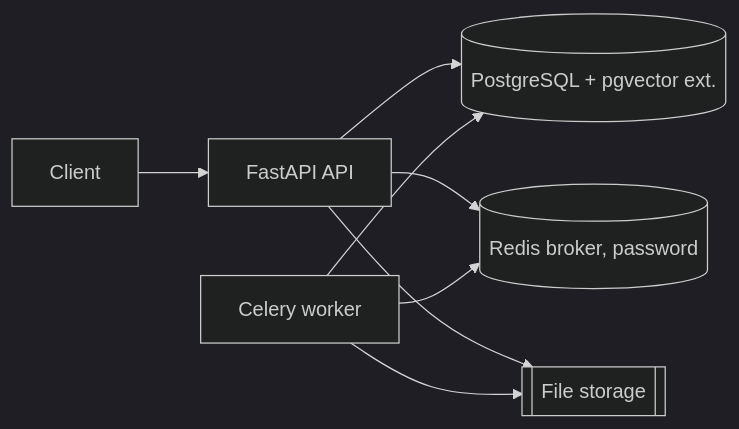
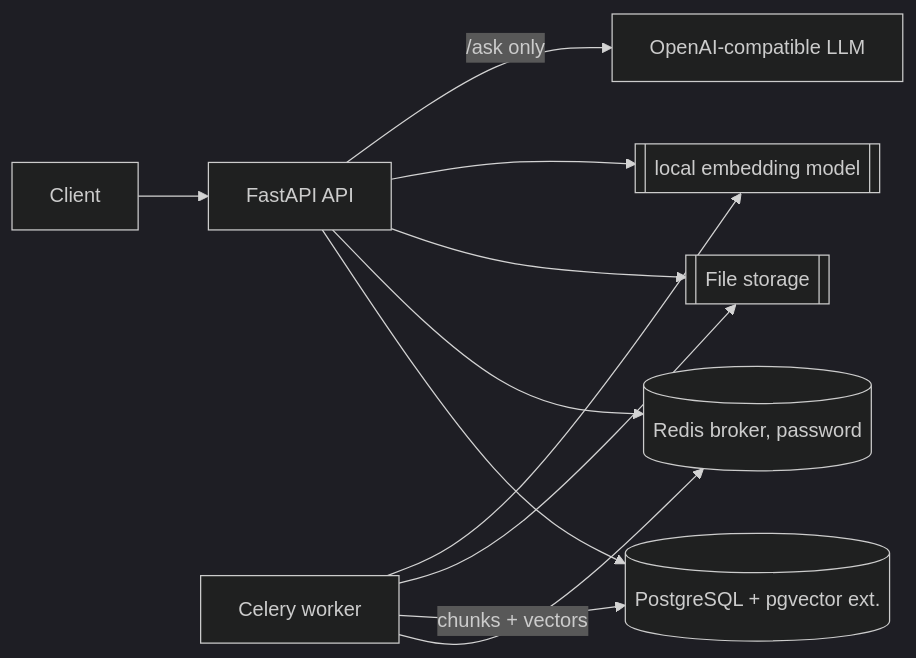
Before and after one commit to shahil5z/document-intelligence-analysis: the diagram in README.md, drawn with Mermaid (dark theme). The commit also changed other lines of this file and 8 other files, not shown here.

Commit message:
docs: document DIP2 processing, retrieval, RAG and security; add DIP2 handoff, update README, architecture, portfolio and DIP3 handoff

````diff
--- a/README.md
+++ b/README.md
@@ -22,10 +24,13 @@
 ```mermaid
 flowchart LR
     client[Client] --> api[FastAPI API]
     api --> pg[(PostgreSQL + pgvector ext.)]
     api --> redis[(Redis broker, password)]
     api --> storage[[File storage]]
     worker[Celery worker] --> redis
-    worker --> pg
+    worker -->|chunks + vectors| pg
     worker --> storage
+    worker --> model[[local embedding model]]
+    api --> model
+    api -->|/ask only| llm[OpenAI-compatible LLM]
 ```
````
